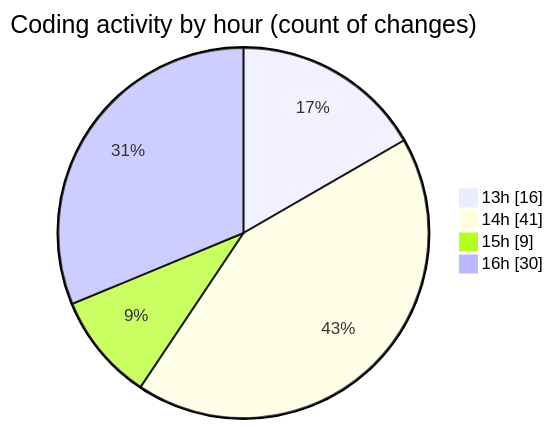
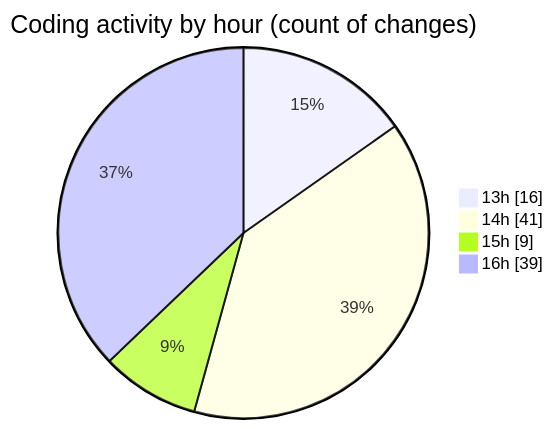
The second of 2 diagrams in 2026-02-04/cda/README.md (momahboobian/code-tracking), drawn with Mermaid before and after one commit. The commit also changed other lines of this file and 1 other file, not shown here.

````diff
--- a/2026-02-04/cda/README.md
+++ b/2026-02-04/cda/README.md
@@ -38,8 +38,8 @@
 ```mermaid
 pie showData
 title Coding activity by hour (count of changes)
 "13h" : 16
 "14h" : 41
 "15h" : 9
-"16h" : 30
+"16h" : 39
 ```
````
